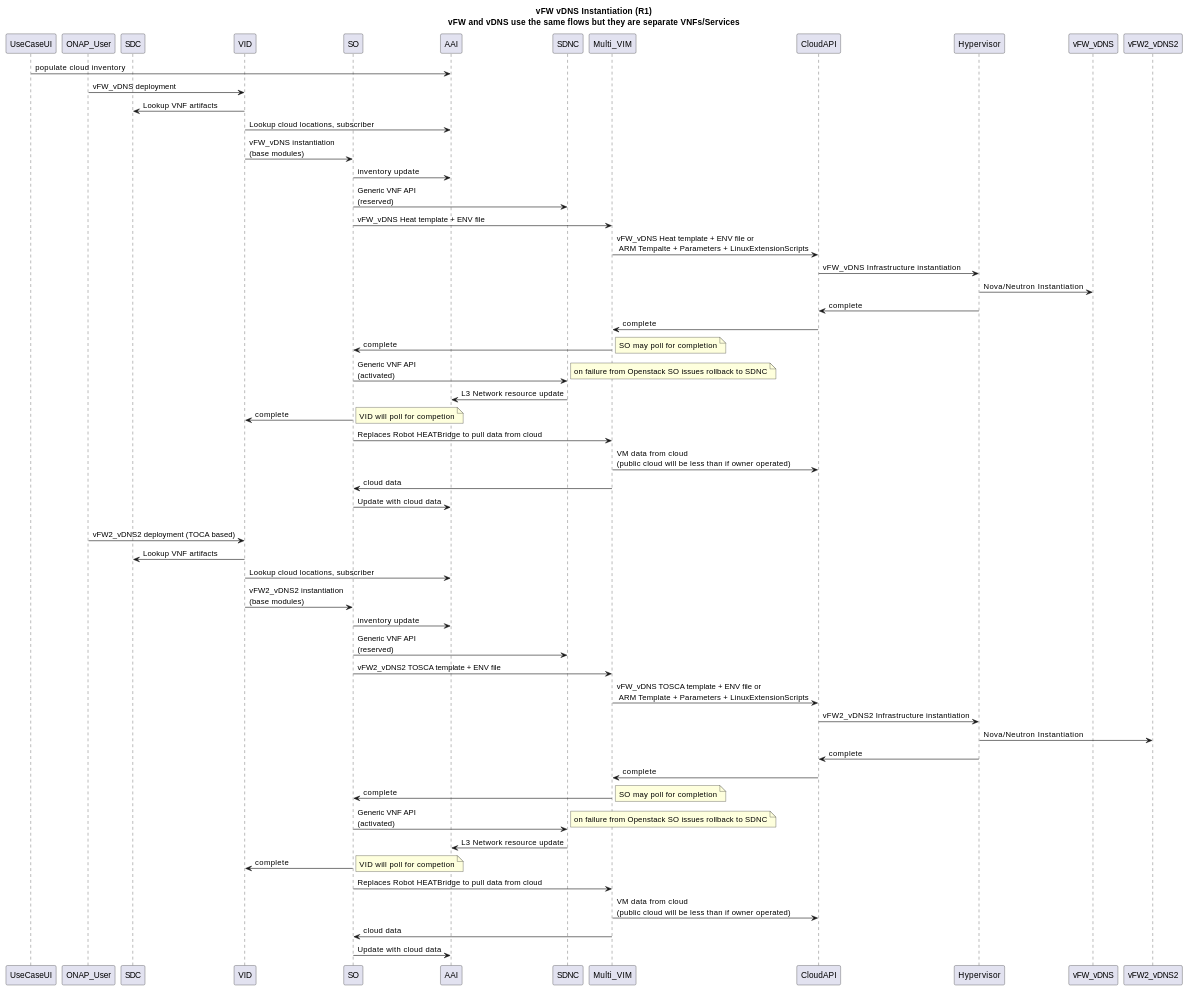
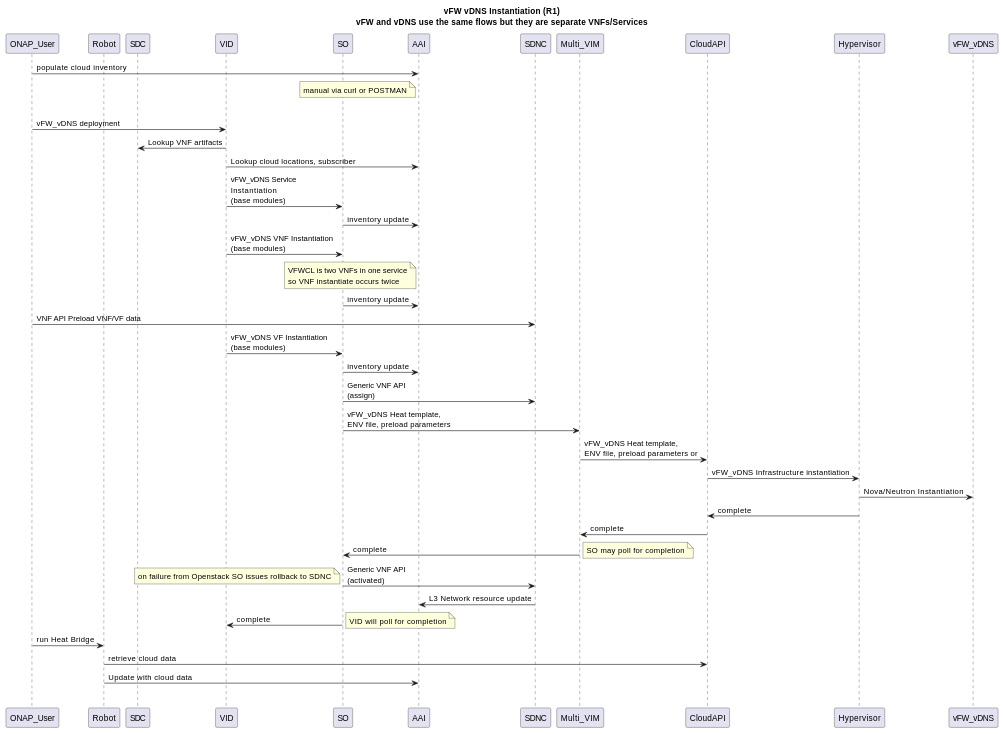
The second of 2 diagrams in docs/use-cases/vfw.rst (onap/doc), drawn with PlantUML before and after one commit. The commit also changed other lines of this file, not shown here.

Commit message:
Updated VFW/VDNS Flows
Issue-ID: DOC-195

```diff
--- a/docs/use-cases/vfw.rst
+++ b/docs/use-cases/vfw.rst
@@ -40,58 +32,42 @@
 .. uml::
 
-   @startuml
+ @startuml
    title vFW vDNS Instantiation (R1)\nvFW and vDNS use the same flows but they are separate VNFs/Services
-   participant UseCaseUI
    participant ONAP_User
+   participant Robot
    Participant SDC
    Participant VID
    Participant SO
-   UseCaseUI -> AAI : populate cloud inventory
+   ONAP_User -> AAI : populate cloud inventory
+   note left of AAI:  manual via curl or POSTMAN
+   |||
    ONAP_User -> VID : vFW_vDNS deployment
    VID -> SDC : Lookup VNF artifacts
    VID -> AAI : Lookup cloud locations, subscriber
-   VID -> SO : vFW_vDNS instantiation\n(base modules)
+   VID -> SO : vFW_vDNS Service \nInstantiation\n(base modules)
    SO -> AAI : inventory update
-   SO -> SDNC : Generic VNF API\n(reserved)
-   SO -> Multi_VIM : vFW_vDNS Heat template + ENV file
-   Multi_VIM -> CloudAPI : vFW_vDNS Heat template + ENV file or\n ARM Tempalte + Parameters + LinuxExtensionScripts
+   VID -> SO : vFW_vDNS VNF Instantiation\n(base modules)
+   note left of AAI : VFWCL is two VNFs in one service\nso VNF instantiate occurs twice
+   SO -> AAI : inventory update
+   ONAP_User -> SDNC : VNF API Preload VNF/VF data
+   VID -> SO : vFW_vDNS VF Instantiation\n(base modules)
+   SO -> AAI : inventory update
+   SO -> SDNC : Generic VNF API\n(assign)
+   SO -> Multi_VIM : vFW_vDNS Heat template, \nENV file, preload parameters
+   Multi_VIM -> CloudAPI : vFW_vDNS Heat template,\nENV file, preload parameters or
    CloudAPI -> Hypervisor : vFW_vDNS Infrastructure instantiation
    Hypervisor -> vFW_vDNS : Nova/Neutron Instantiation
    Hypervisor -> CloudAPI : complete
    CloudAPI -> Multi_VIM : complete
    Multi_VIM -> SO : complete
    note right : SO may poll for completion
    SO -> SDNC:  Generic VNF API\n(activated)
-   note right : on failure from Openstack SO issues rollback to SDNC
+   note left : on failure from Openstack SO issues rollback to SDNC
    SDNC -> AAI : L3 Network resource update
    SO -> VID : complete
-   note right : VID will poll for competion
-   SO -> Multi_VIM : Replaces Robot HEATBridge to pull data from cloud
-   Multi_VIM -> CloudAPI : VM data from cloud\n(public cloud will be less than if owner operated)
-   Multi_VIM -> SO : cloud data
-   SO -> AAI : Update with cloud data
+   note right : VID will poll for completion
+   ONAP_User -> Robot : run Heat Bridge
+   Robot -> CloudAPI  :  retrieve cloud data 
+   Robot -> AAI :  Update with cloud data
    |||
-   ONAP_User -> VID : vFW2_vDNS2 deployment (TOCA based)
-   VID -> SDC : Lookup VNF artifacts
-   VID -> AAI : Lookup cloud locations, subscriber
-   VID -> SO : vFW2_vDNS2 instantiation\n(base modules)
-   SO -> AAI : inventory update
-   SO -> SDNC : Generic VNF API\n(reserved)
-   SO -> Multi_VIM : vFW2_vDNS2 TOSCA template + ENV file
-   Multi_VIM -> CloudAPI : vFW_vDNS TOSCA template + ENV file or\n ARM Template + Parameters + LinuxExtensionScripts
-   CloudAPI -> Hypervisor : vFW2_vDNS2 Infrastructure instantiation
-   Hypervisor -> vFW2_vDNS2 : Nova/Neutron Instantiation
-   Hypervisor -> CloudAPI : complete
-   CloudAPI -> Multi_VIM : complete
-   Multi_VIM -> SO : complete
-   note right : SO may poll for completion
-   SO -> SDNC:  Generic VNF API\n(activated)
-   note right : on failure from Openstack SO issues rollback to SDNC
-   SDNC -> AAI : L3 Network resource update
-   SO -> VID : complete
-   note right : VID will poll for competion
-   SO -> Multi_VIM : Replaces Robot HEATBridge to pull data from cloud
-   Multi_VIM -> CloudAPI : VM data from cloud\n(public cloud will be less than if owner operated)
-   Multi_VIM -> SO : cloud data
-   SO -> AAI : Update with cloud data
    @enduml
```
